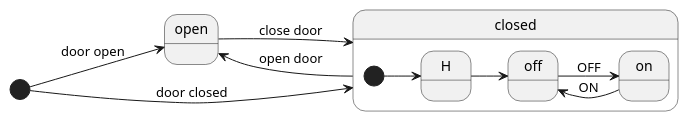
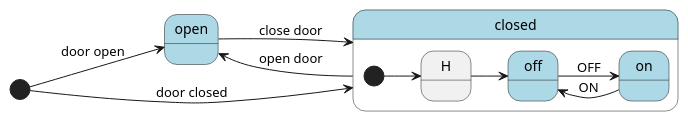
One commit to adel-mamin/amast changed the sixth of 6 diagrams in libs/hsm/README.rst. Above: the diagram before and after it, drawn with PlantUML. The commit also changed other lines of this file and 3 other files, not shown here.

```diff
--- a/libs/hsm/README.rst
+++ b/libs/hsm/README.rst
@@ -667,24 +675,25 @@
 .. uml::
 
     @startuml
 
     left to right direction
 
     [*] --> open : door open
     [*] --> closed : door closed
 
-    state closed {
+    state closed #LightBlue {
         [*] --> H
         H --> off
         state H <<history>>
-        state on
-        state off
+        state on #LightBlue
+        state off #LightBlue
     }
+    state open #LightBlue
 
     open --> closed : close door
     closed --> open : open door
 
     on --> off : ON
     off --> on : OFF
 
     @enduml
```
